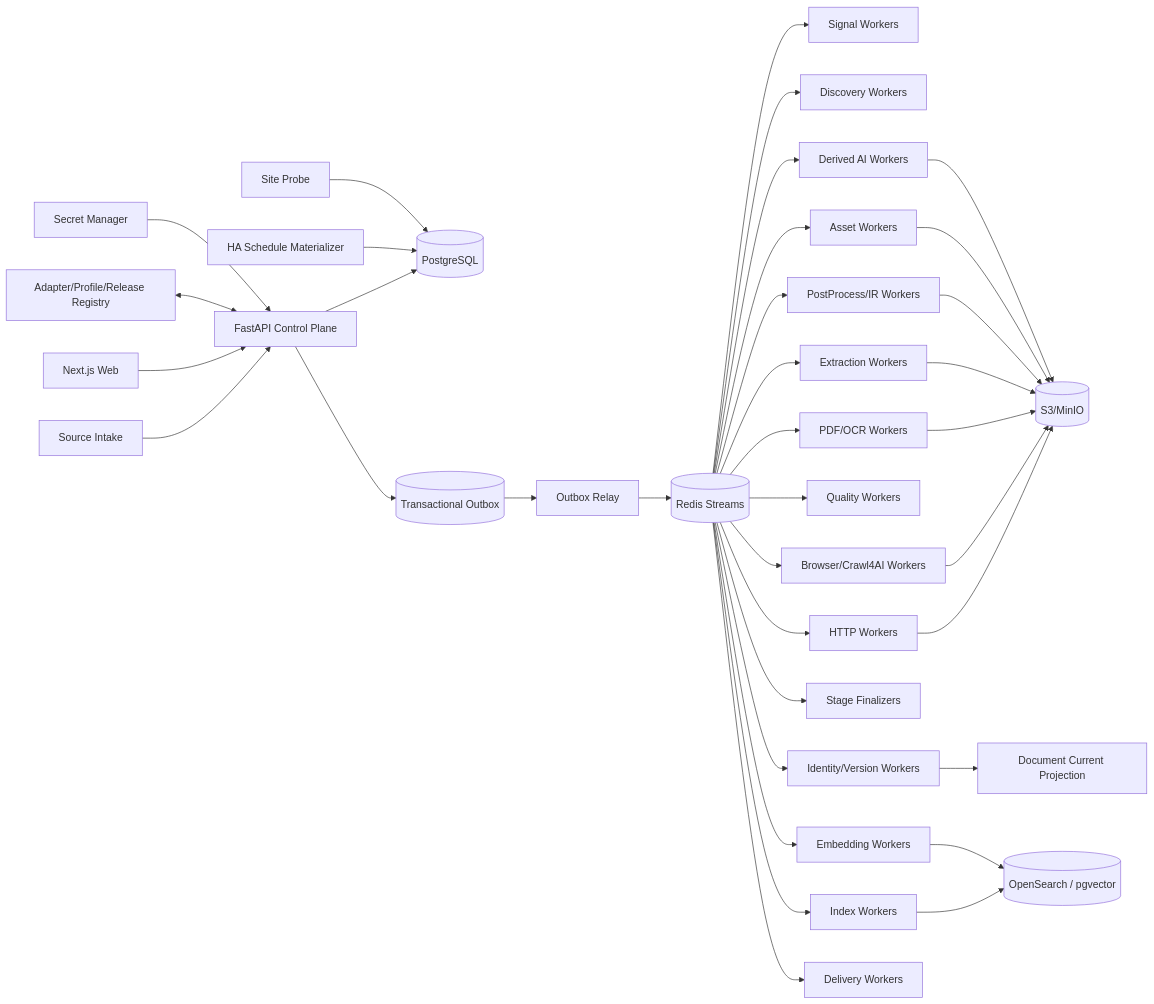
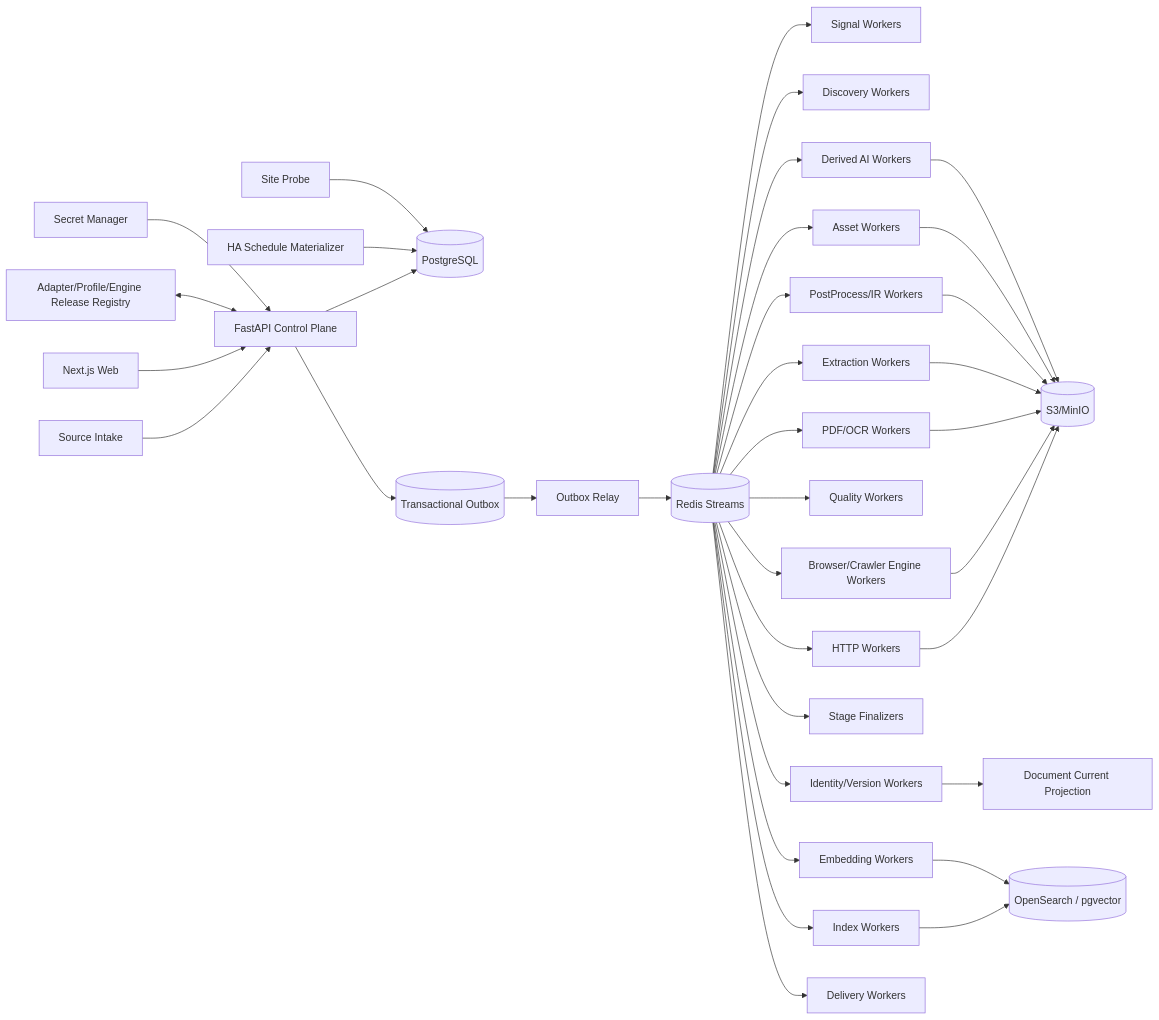
The diagram in 博客知识库技术方案.md (WorkerXu/my-doc), drawn with Mermaid before and after one commit. The commit also changed other lines of this file, not shown here.

````diff
--- a/博客知识库技术方案.md
+++ b/博客知识库技术方案.md
@@ -74,42 +82,42 @@
 ```mermaid
 flowchart LR
     SI[Source Intake] --> API[FastAPI Control Plane]
     UI[Next.js Web] --> API
     API --> PG[(PostgreSQL)]
     API --> OUT[(Transactional Outbox)]
     SCH[HA Schedule Materializer] --> PG
-    REG[Adapter/Profile/Release Registry] <--> API
+    REG[Adapter/Profile/Engine Release Registry] <--> API
     PROBE[Site Probe] --> PG
     SEC[Secret Manager] --> API
 
     OUT --> RELAY[Outbox Relay]
     RELAY --> Q[(Redis Streams)]
 
     Q --> SG[Signal Workers]
     Q --> DW[Discovery Workers]
     Q --> HF[HTTP Workers]
-    Q --> BW[Browser/Crawl4AI Workers]
+    Q --> BW[Browser/Crawler Engine Workers]
     Q --> PDF[PDF/OCR Workers]
     Q --> EX[Extraction Workers]
     Q --> PP[PostProcess/IR Workers]
     Q --> QV[Quality Workers]
     Q --> ID[Identity/Version Workers]
     Q --> AW[Asset Workers]
     Q --> FIN[Stage Finalizers]
     Q --> IX[Index Workers]
     Q --> EW[Embedding Workers]
     Q --> AI[Derived AI Workers]
     Q --> NT[Delivery Workers]
 
     HF --> OBJ[(S3/MinIO)]
     BW --> OBJ
     PDF --> OBJ
     EX --> OBJ
     PP --> OBJ
     AW --> OBJ
     AI --> OBJ
 
     ID --> CUR[Document Current Projection]
     IX --> SEARCH[(OpenSearch / pgvector)]
     EW --> SEARCH
 ```
````
